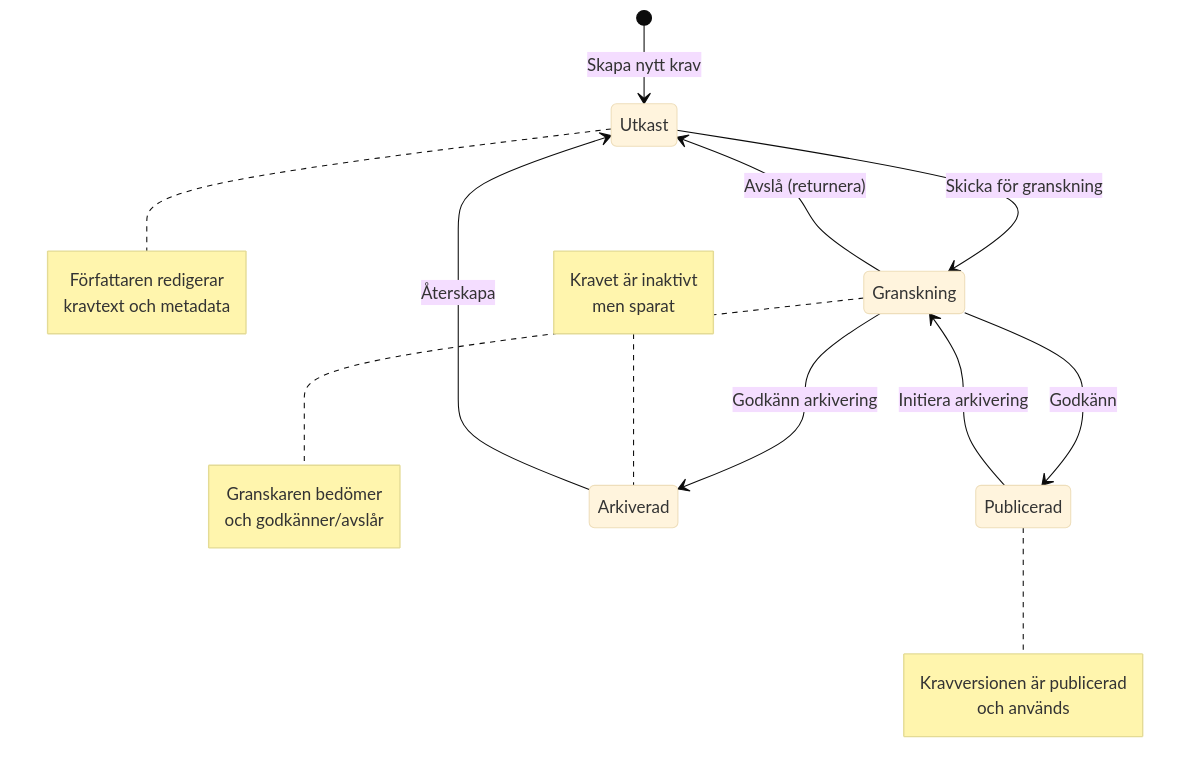
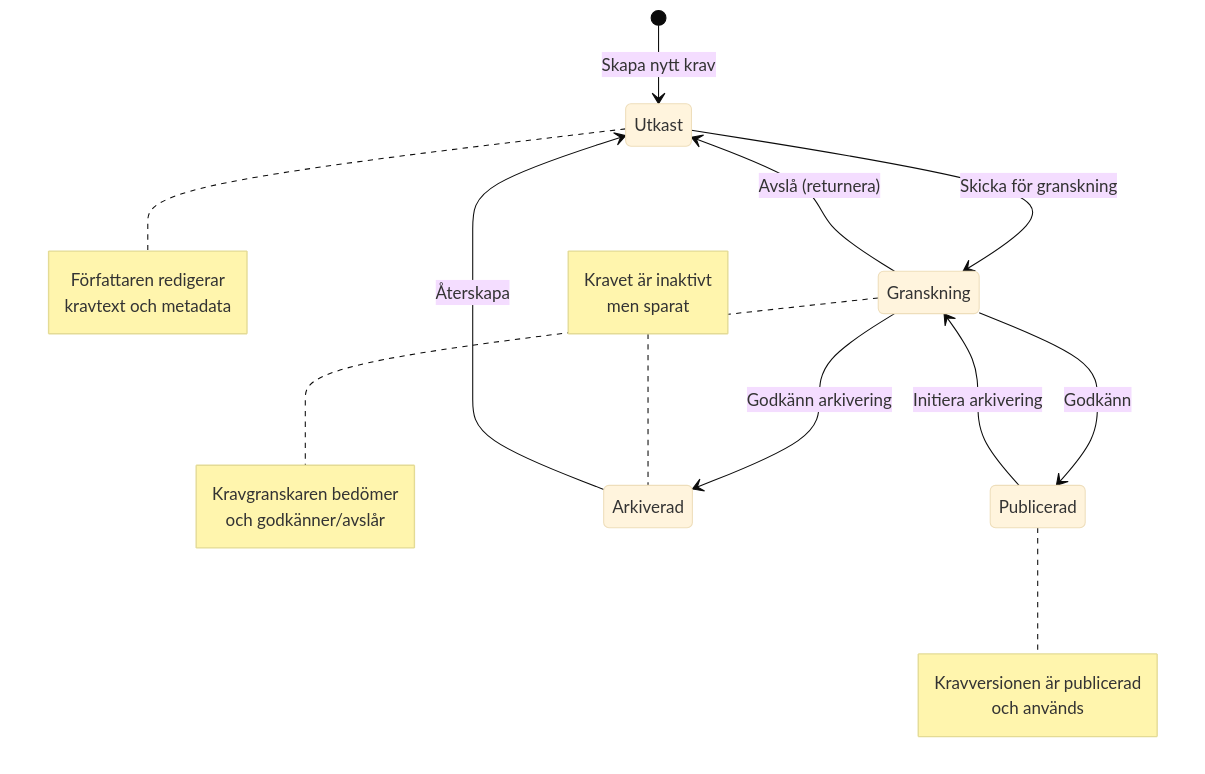
The second of 6 diagrams in docs/arkitekturbeskrivning-kravhantering.md (viscalyx/Kravhantering), drawn with Mermaid (base theme) before and after one commit. The commit also changed other lines of this file and 75 other files, not shown here.

````diff
--- a/docs/arkitekturbeskrivning-kravhantering.md
+++ b/docs/arkitekturbeskrivning-kravhantering.md
@@ -233,30 +233,30 @@
 ```mermaid
 stateDiagram-v2
     [*] --> Utkast : Skapa nytt krav
     Utkast --> Granskning : Skicka för granskning
     Granskning --> Publicerad : Godkänn
     Granskning --> Utkast : Avslå (returnera)
     Publicerad --> Granskning : Initiera arkivering
     Granskning --> Arkiverad : Godkänn arkivering
     Arkiverad --> Utkast : Återskapa
 
     note right of Utkast
         Författaren redigerar
         kravtext och metadata
     end note
 
     note right of Granskning
-        Granskaren bedömer
+        Kravgranskaren bedömer
         och godkänner/avslår
     end note
 
     note right of Publicerad
         Kravversionen är publicerad
         och används
     end note
 
     note left of Arkiverad
         Kravet är inaktivt
         men sparat
     end note
 ```
````
